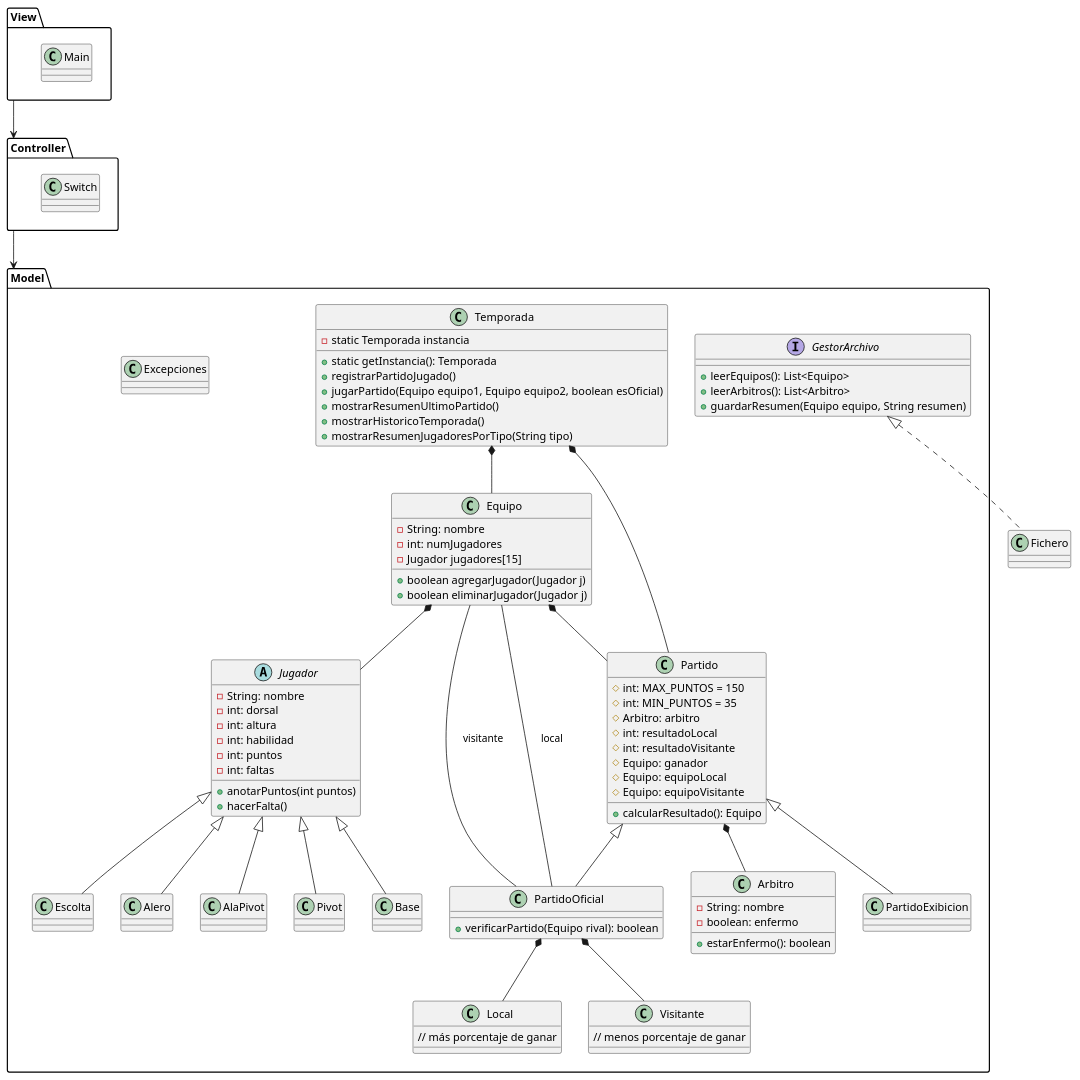
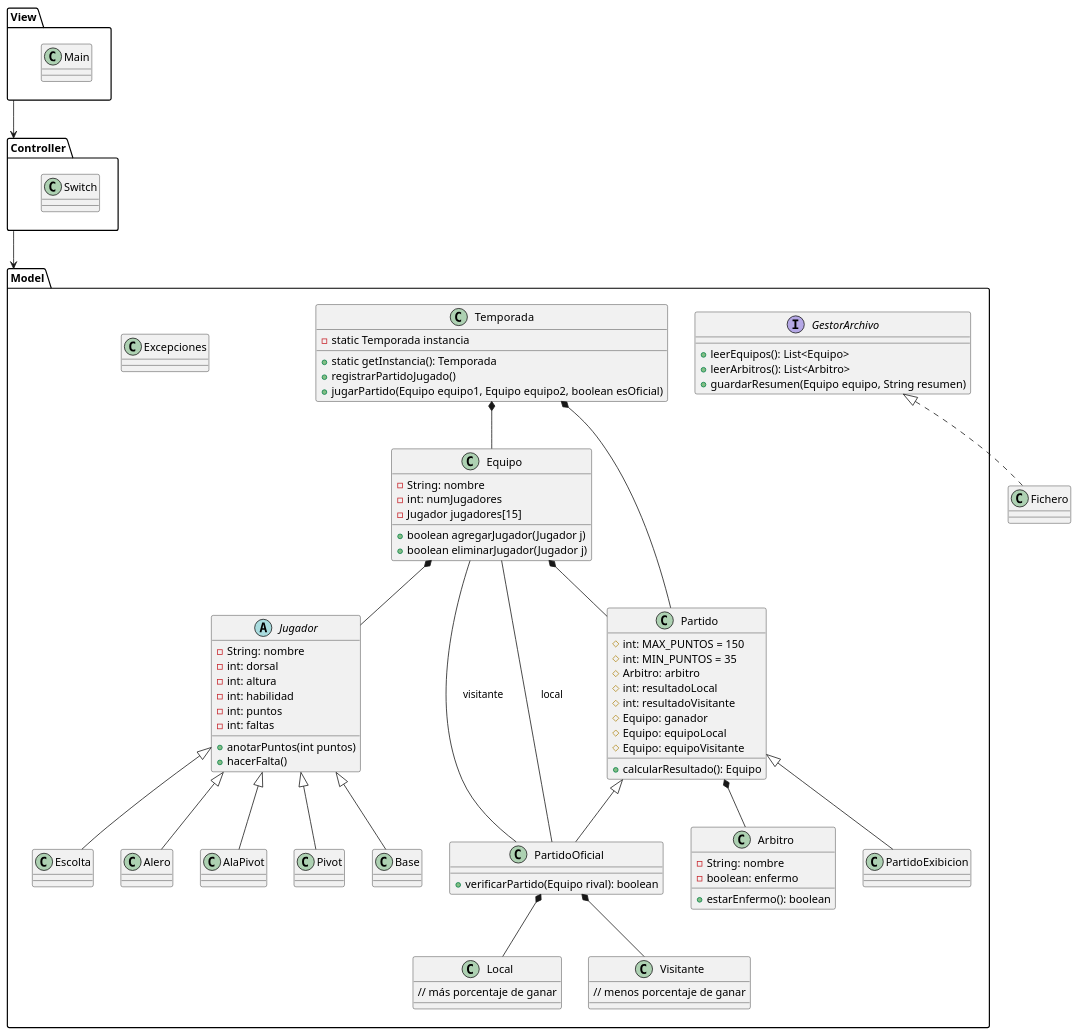
One commit to Jorgge22/Practica_3Evaluacion changed the diagram in practica/disenyo/disenyo.pu. Above: the diagram before and after it, drawn with PlantUML. The commit also changed 17 other files, not shown here.

```diff
--- a/practica/disenyo/disenyo.pu
+++ b/practica/disenyo/disenyo.pu
@@ -1,126 +1,123 @@
 @startuml basket
 top to bottom direction
 
 package Model{
     class Equipo {
         -String: nombre
         -int: numJugadores
         -Jugador jugadores[15]
         +boolean agregarJugador(Jugador j)
         +boolean eliminarJugador(Jugador j)
     }
 
     abstract class Jugador {
         -String: nombre
         -int: dorsal
         -int: altura
         -int: habilidad
         -int: puntos
         -int: faltas
         +anotarPuntos(int puntos)
         +hacerFalta()
     }
 
     class Base {
     }
 
     class Escolta {
     }
 
     class Alero {
     }
 
     class AlaPivot {
     }
 
     class Pivot {
     }
 
     class Partido {
         #int: MAX_PUNTOS = 150
         #int: MIN_PUNTOS = 35
         #Arbitro: arbitro
         #int: resultadoLocal
         #int: resultadoVisitante
         #Equipo: ganador
         #Equipo: equipoLocal
         #Equipo: equipoVisitante
         +calcularResultado(): Equipo
     }
 
     class PartidoExibicion {
     }
 
     class PartidoOficial {
         +verificarPartido(Equipo rival): boolean
     }
 
     class Local {
         // más porcentaje de ganar
     }
 
     class Visitante {
         // menos porcentaje de ganar
     }
 
     class Arbitro {
         -String: nombre
         -boolean: enfermo
         +estarEnfermo(): boolean
     }
 
     interface GestorArchivo {
         +leerEquipos(): List<Equipo>
         +leerArbitros(): List<Arbitro>
         +guardarResumen(Equipo equipo, String resumen)
     }
 
     class Temporada {
         -static Temporada instancia
         +static getInstancia(): Temporada
         +registrarPartidoJugado()
         +jugarPartido(Equipo equipo1, Equipo equipo2, boolean esOficial)
-        +mostrarResumenUltimoPartido()
-        +mostrarHistoricoTemporada()
-        +mostrarResumenJugadoresPorTipo(String tipo)
     }
 
     class Excepciones{
     }
 }
 
 package View{
     class Main{}
 }
 
 package Controller{
     class Switch{}
 }
 
 Temporada *-- Partido
 Temporada *-- Equipo
 
 Equipo *-- Jugador
 Equipo *-- Partido
 
 Jugador <|-- Base
 Jugador <|-- Escolta
 Jugador <|-- Alero
 Jugador <|-- AlaPivot
 Jugador <|-- Pivot
 
 Partido *-- Arbitro
 Partido <|-- PartidoOficial
 Partido <|-- PartidoExibicion
 
 PartidoOficial *-- Local
 PartidoOficial *-- Visitante
 PartidoOficial -- Equipo : local
 PartidoOficial -- Equipo : visitante
 
 GestorArchivo <|.. Fichero
 
 View --> Controller
 Controller --> Model
 
 @enduml
```
